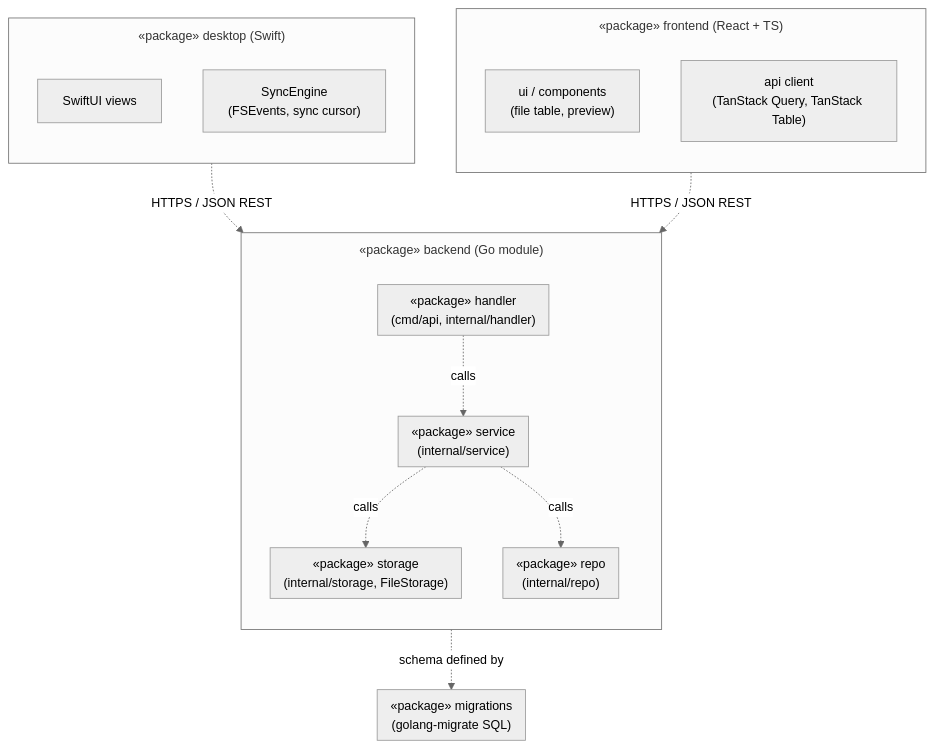
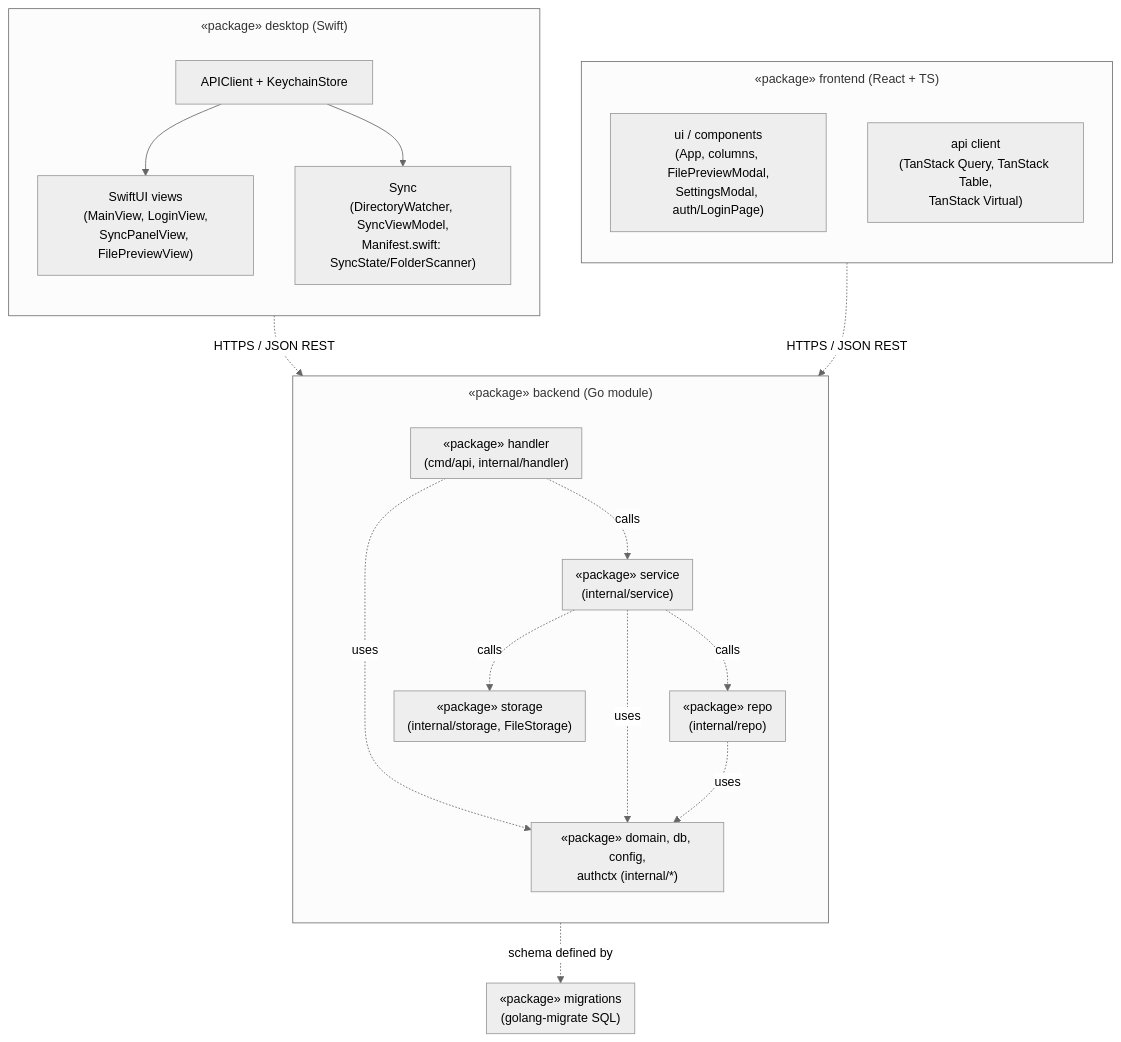
One commit to Shitcode-Swamp/file-space changed the diagram in docs/diagrams-uml/src/en/13-package-arch.mmd. Above: the diagram before and after it, drawn with Mermaid. The commit also changed 55 other files, not shown here.

Commit message:
Diagrams and report

```diff
--- a/docs/diagrams-uml/src/en/13-package-arch.mmd
+++ b/docs/diagrams-uml/src/en/13-package-arch.mmd
@@ -1,35 +1,44 @@
 %%{init: {'theme': 'neutral', 'themeVariables': {'fontSize': '15px'}, 'flowchart': {'subGraphTitleMargin': {'top': 10, 'bottom': 15}}}}%%
 flowchart TB
     subgraph FE["«package» frontend (React + TS)"]
         direction TB
-        FEUi["ui / components<br/>(file table, preview)"]
-        FEState["api client<br/>(TanStack Query, TanStack Table)"]
+        FEUi["ui / components<br/>(App, columns, FilePreviewModal,<br/>SettingsModal, auth/LoginPage)"]
+        FEState["api client<br/>(TanStack Query, TanStack Table,<br/>TanStack Virtual)"]
     end
 
     subgraph DE["«package» desktop (Swift)"]
         direction TB
-        DEUi["SwiftUI views"]
-        DESync["SyncEngine<br/>(FSEvents, sync cursor)"]
+        DEUi["SwiftUI views<br/>(MainView, LoginView,<br/>SyncPanelView, FilePreviewView)"]
+        DESync["Sync<br/>(DirectoryWatcher, SyncViewModel,<br/>Manifest.swift: SyncState/FolderScanner)"]
+        DEApi["APIClient + KeychainStore"]
     end
 
     subgraph BE["«package» backend (Go module)"]
         direction TB
         subgraph BEHandler["«package» handler<br/>(cmd/api, internal/handler)"]
         end
         subgraph BEService["«package» service<br/>(internal/service)"]
         end
         subgraph BERepo["«package» repo<br/>(internal/repo)"]
         end
         subgraph BEStorage["«package» storage<br/>(internal/storage, FileStorage)"]
         end
+        subgraph BESupport["«package» domain, db, config,<br/>authctx (internal/*)"]
+        end
         BEHandler -. "calls" .-> BEService
         BEService -. "calls" .-> BERepo
         BEService -. "calls" .-> BEStorage
+        BEHandler -. "uses" .-> BESupport
+        BEService -. "uses" .-> BESupport
+        BERepo -. "uses" .-> BESupport
     end
 
     subgraph MIG["«package» migrations<br/>(golang-migrate SQL)"]
     end
 
+    DEApi --> DEUi
+    DEApi --> DESync
+
     FEState -. "HTTPS / JSON REST" .-> BEHandler
-    DESync -. "HTTPS / JSON REST" .-> BEHandler
+    DEApi -. "HTTPS / JSON REST" .-> BEHandler
     BERepo -. "schema defined by" .-> MIG
```
